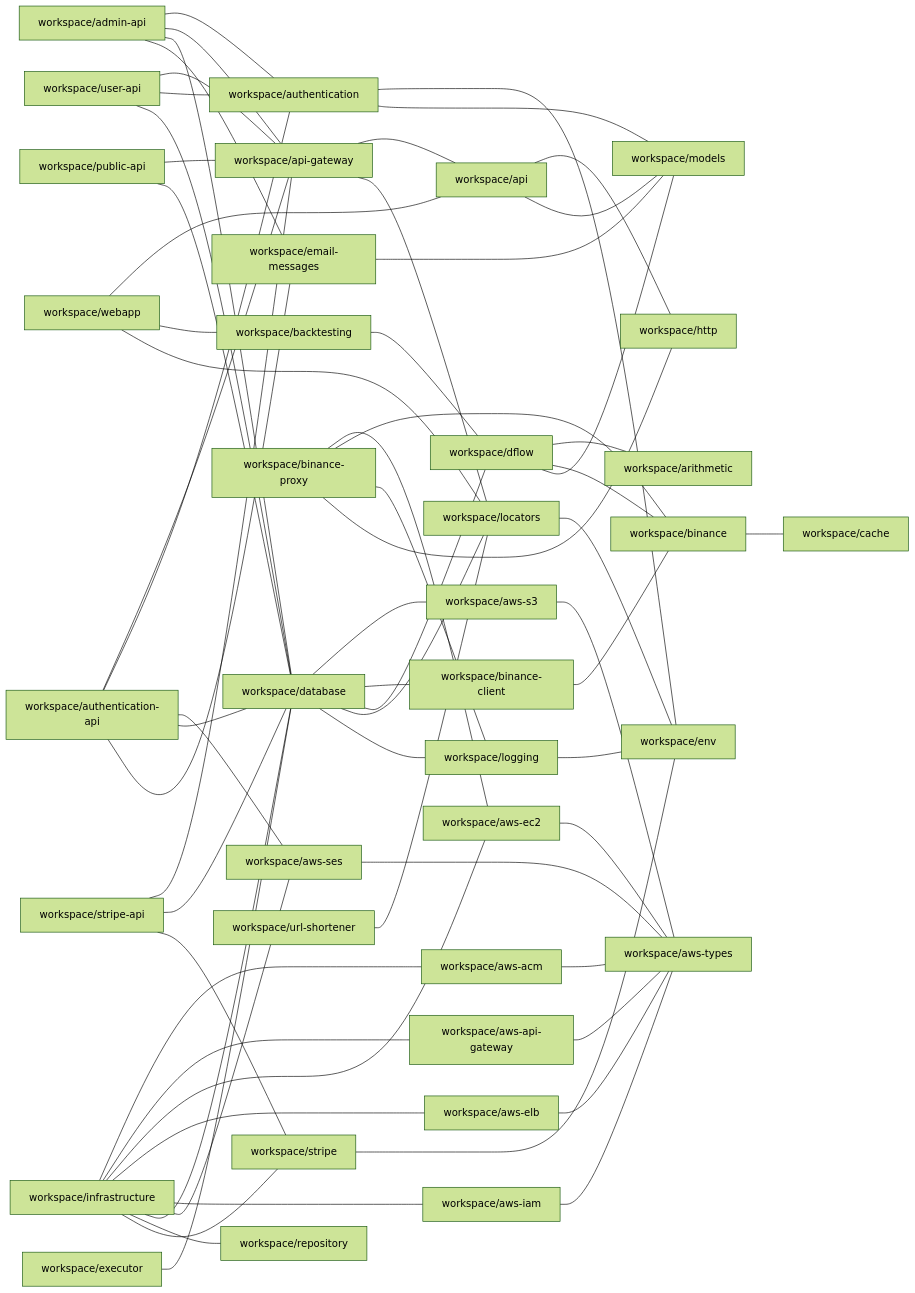
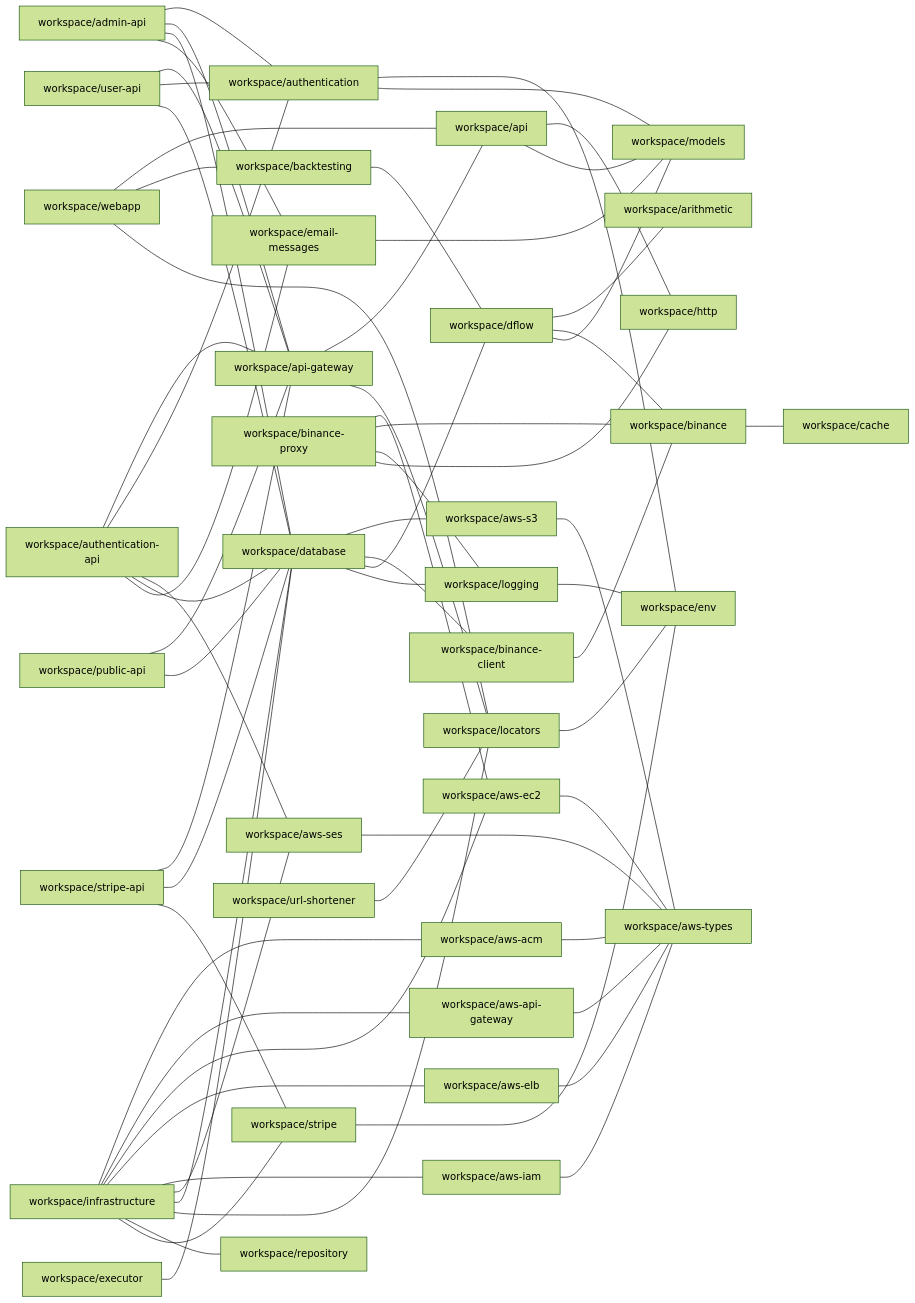
Before and after one commit to ggbot-org/ggbot: the diagram in docs/npm-dependencies.md, drawn with Mermaid (forest theme). The commit also changed 3 other files, not shown here.

Commit message:
database does not depend on locators

````diff
--- a/docs/npm-dependencies.md
+++ b/docs/npm-dependencies.md
@@ -5,66 +5,66 @@
 ```mermaid
 graph LR
     workspace/admin-api --- workspace/authentication
     workspace/admin-api --- workspace/api-gateway
     workspace/admin-api --- workspace/database
     workspace/admin-api --- workspace/email-messages
     workspace/api --- workspace/http
     workspace/api --- workspace/models
     workspace/api-gateway --- workspace/api
     workspace/api-gateway --- workspace/locators
     workspace/authentication --- workspace/env
     workspace/authentication --- workspace/models
     workspace/authentication-api --- workspace/api-gateway
     workspace/authentication-api --- workspace/authentication
     workspace/authentication-api --- workspace/aws-ses
     workspace/authentication-api --- workspace/database
     workspace/authentication-api --- workspace/email-messages
     workspace/aws-acm --- workspace/aws-types
     workspace/aws-api-gateway --- workspace/aws-types
     workspace/aws-ec2 --- workspace/aws-types
     workspace/aws-elb --- workspace/aws-types
     workspace/aws-iam --- workspace/aws-types
     workspace/aws-s3 --- workspace/aws-types
     workspace/aws-ses --- workspace/aws-types
     workspace/backtesting --- workspace/dflow
     workspace/binance --- workspace/cache
     workspace/binance-client --- workspace/binance
     workspace/binance-proxy --- workspace/aws-ec2
     workspace/binance-proxy --- workspace/binance
     workspace/binance-proxy --- workspace/logging
     workspace/binance-proxy --- workspace/http
     workspace/database --- workspace/aws-s3
     workspace/database --- workspace/binance-client
     workspace/database --- workspace/dflow
-    workspace/database --- workspace/locators
     workspace/database --- workspace/logging
     workspace/dflow --- workspace/arithmetic
     workspace/dflow --- workspace/binance
     workspace/dflow --- workspace/models
     workspace/email-messages --- workspace/models
     workspace/executor --- workspace/database
     workspace/infrastructure --- workspace/aws-acm
     workspace/infrastructure --- workspace/aws-api-gateway
     workspace/infrastructure --- workspace/aws-ec2
     workspace/infrastructure --- workspace/aws-elb
     workspace/infrastructure --- workspace/aws-iam
     workspace/infrastructure --- workspace/aws-ses
     workspace/infrastructure --- workspace/database
+    workspace/infrastructure --- workspace/locators
     workspace/infrastructure --- workspace/repository
     workspace/infrastructure --- workspace/stripe
     workspace/locators --- workspace/env
     workspace/logging --- workspace/env
     workspace/public-api --- workspace/api-gateway
     workspace/public-api --- workspace/database
     workspace/stripe --- workspace/env
     workspace/stripe-api --- workspace/api-gateway
     workspace/stripe-api --- workspace/database
     workspace/stripe-api --- workspace/stripe
     workspace/url-shortener --- workspace/locators
     workspace/user-api --- workspace/api-gateway
     workspace/user-api --- workspace/authentication
     workspace/user-api --- workspace/database
     workspace/webapp --- workspace/api
     workspace/webapp --- workspace/backtesting
     workspace/webapp --- workspace/locators
 ```
````
